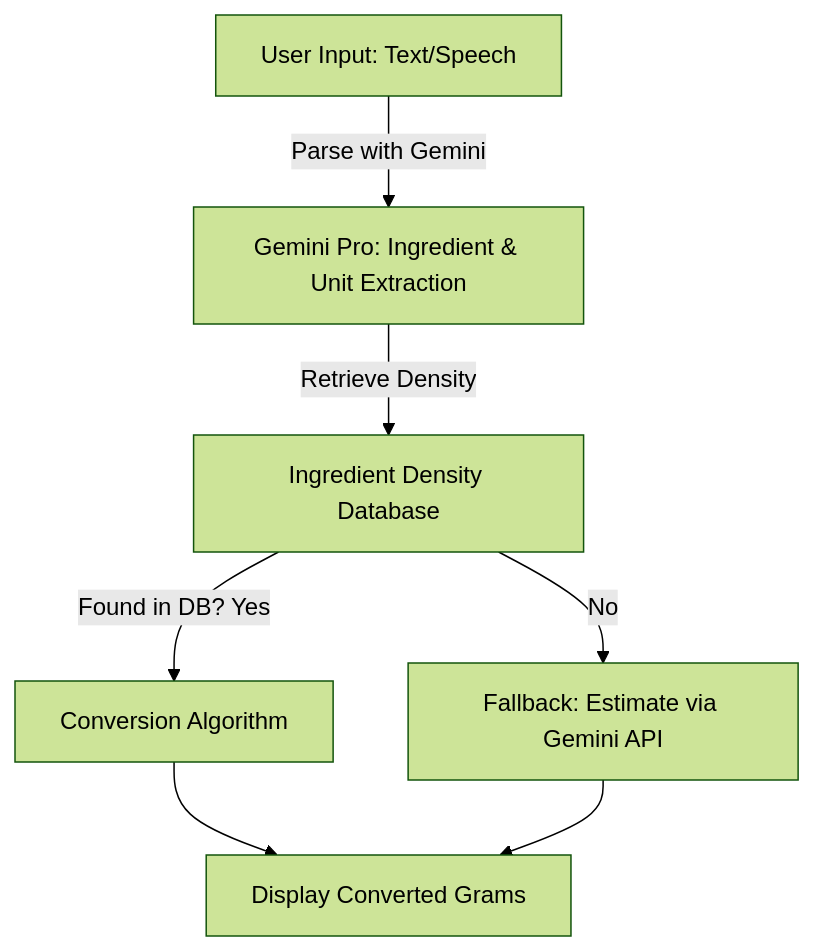
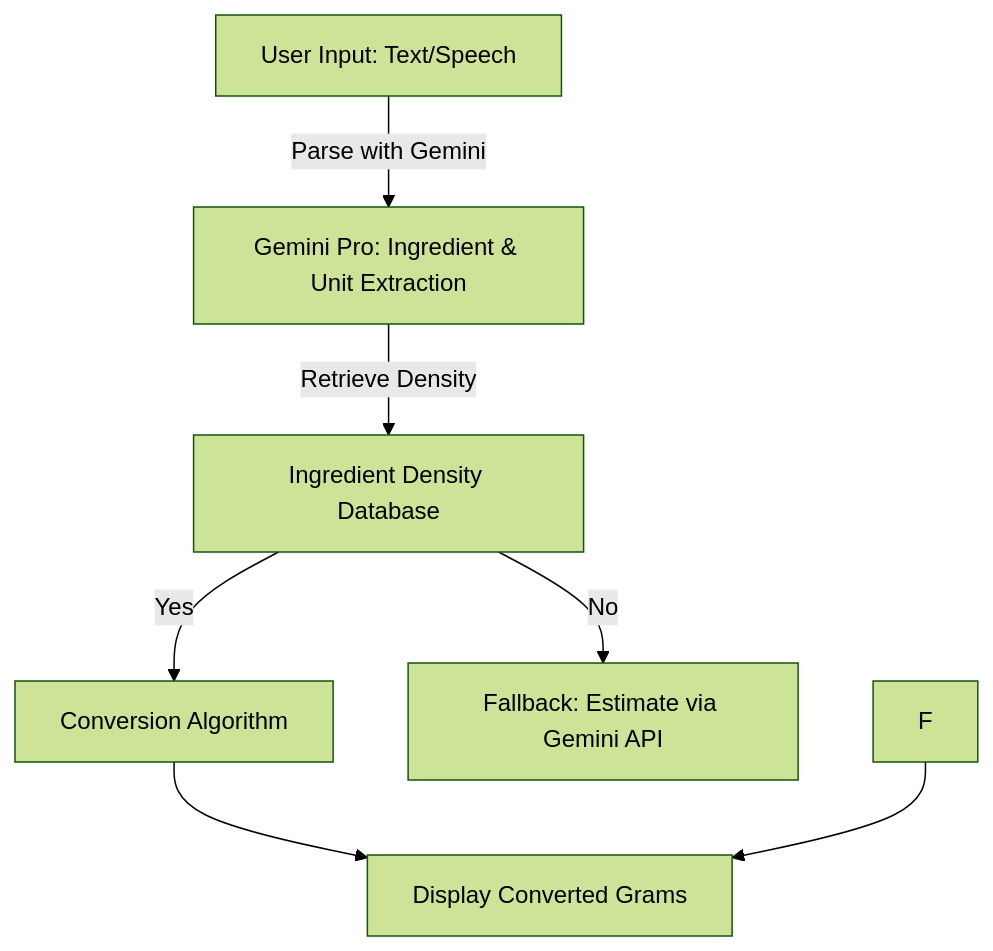
One commit to HarshaVardhan-AS/precisebake_backend changed the diagram in README.md. Above: the diagram before and after it, drawn with Mermaid (forest theme).

````diff
--- a/README.md
+++ b/README.md
@@ -48,9 +48,9 @@
 ```mermaid
 graph TD;
     A[User Input: Text/Speech] -->|Parse with Gemini| B[Gemini Pro: Ingredient & Unit Extraction];
     B -->|Retrieve Density| C[Ingredient Density Database];
-    C -->|Found in DB? Yes| D[Conversion Algorithm];
-    C -- No --> F[Fallback: Estimate via Gemini API];
+    C -- Yes --> D[Conversion Algorithm];
+    C -- No --> E[Fallback: Estimate via Gemini API];
     D --> G[Display Converted Grams];
     F --> G;
 ```
````
